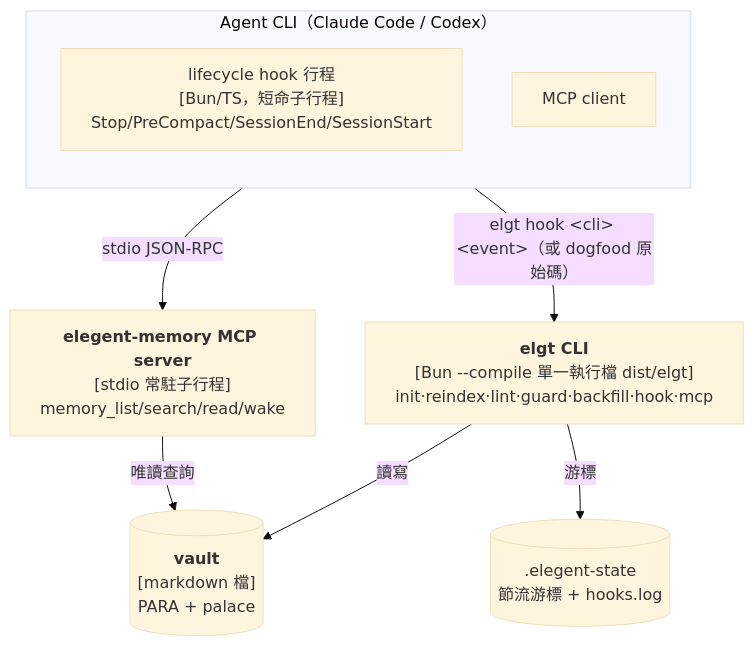
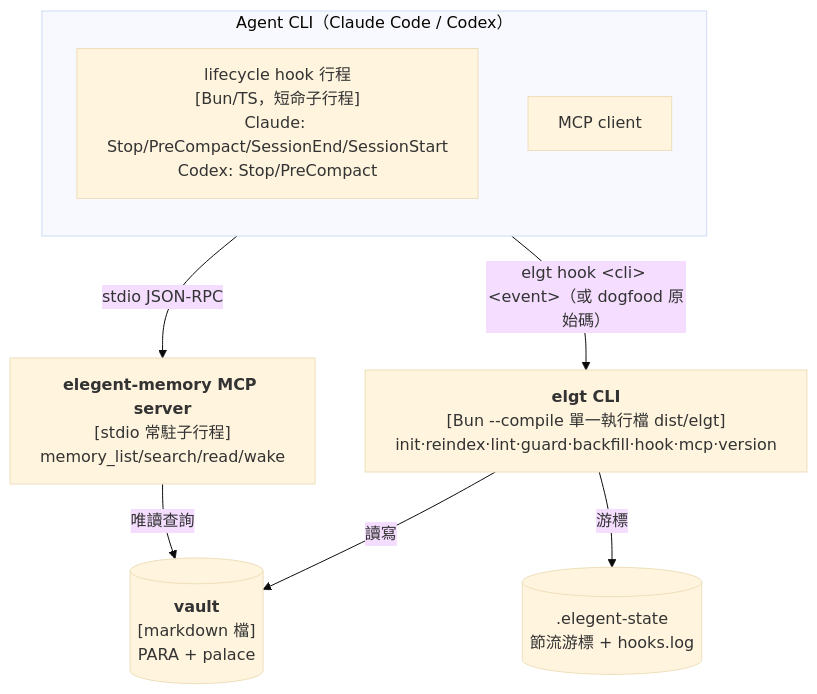
Before and after one commit to neokn/elegent: the second of 4 diagrams in docs/architecture/c4.md, drawn with Mermaid (base theme). The commit also changed other lines of this file and 4 other files, not shown here.

````diff
--- a/docs/architecture/c4.md
+++ b/docs/architecture/c4.md
@@ -45,19 +45,19 @@
 ```mermaid
 flowchart TB
     subgraph agent["Agent CLI（Claude Code / Codex）"]
         direction TB
-        hookproc["lifecycle hook 行程<br/>[Bun/TS，短命子行程]<br/>Stop/PreCompact/SessionEnd/SessionStart"]
+        hookproc["lifecycle hook 行程<br/>[Bun/TS，短命子行程]<br/>Claude: Stop/PreCompact/SessionEnd/SessionStart<br/>Codex: Stop/PreCompact"]
         mcpclient["MCP client"]
     end
 
-    cli["<b>elgt CLI</b><br/>[Bun --compile 單一執行檔 dist/elgt]<br/>init·reindex·lint·guard·backfill·hook·mcp"]
+    cli["<b>elgt CLI</b><br/>[Bun --compile 單一執行檔 dist/elgt]<br/>init·reindex·lint·guard·backfill·hook·mcp·version"]
     mcp["<b>elegent-memory MCP server</b><br/>[stdio 常駐子行程]<br/>memory_list/search/read/wake"]
     vault[("<b>vault</b><br/>[markdown 檔]<br/>PARA + palace")]
     state[(".elegent-state<br/>節流游標 + hooks.log")]
 
     hookproc -->|elgt hook &lt;cli&gt; &lt;event&gt;（或 dogfood 原始碼）| cli
     mcpclient -->|stdio JSON-RPC| mcp
     cli -->|讀寫| vault
     cli -->|游標| state
     mcp -->|唯讀查詢| vault
 ```
````
